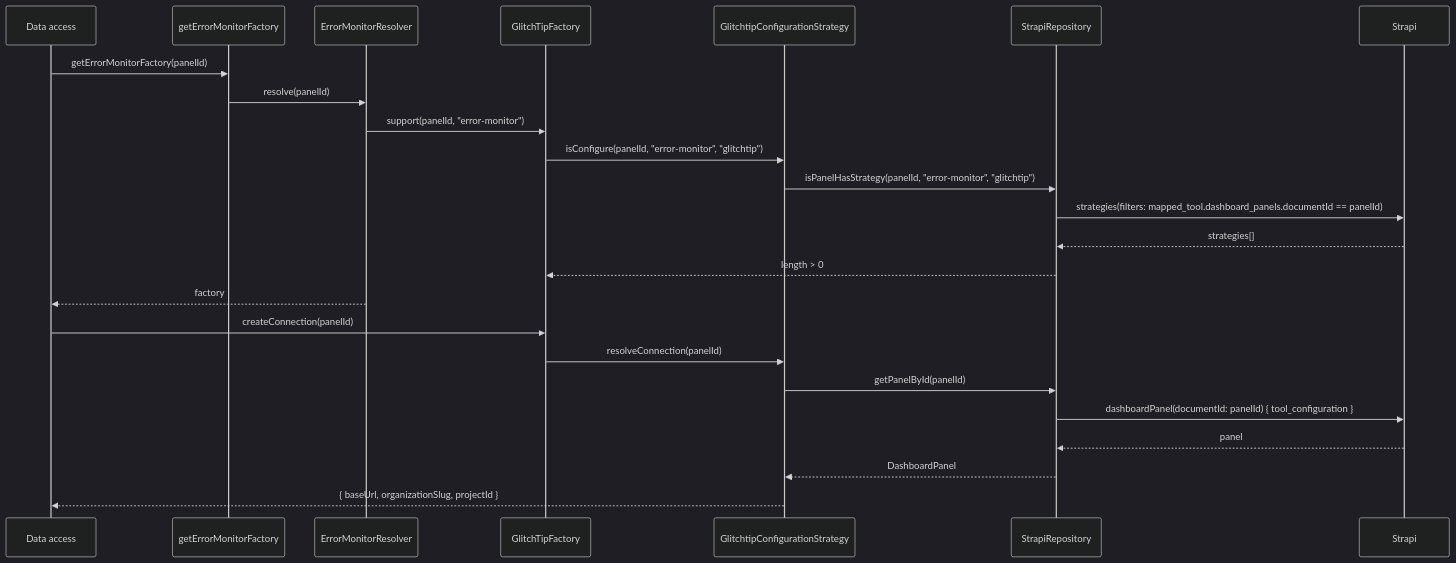
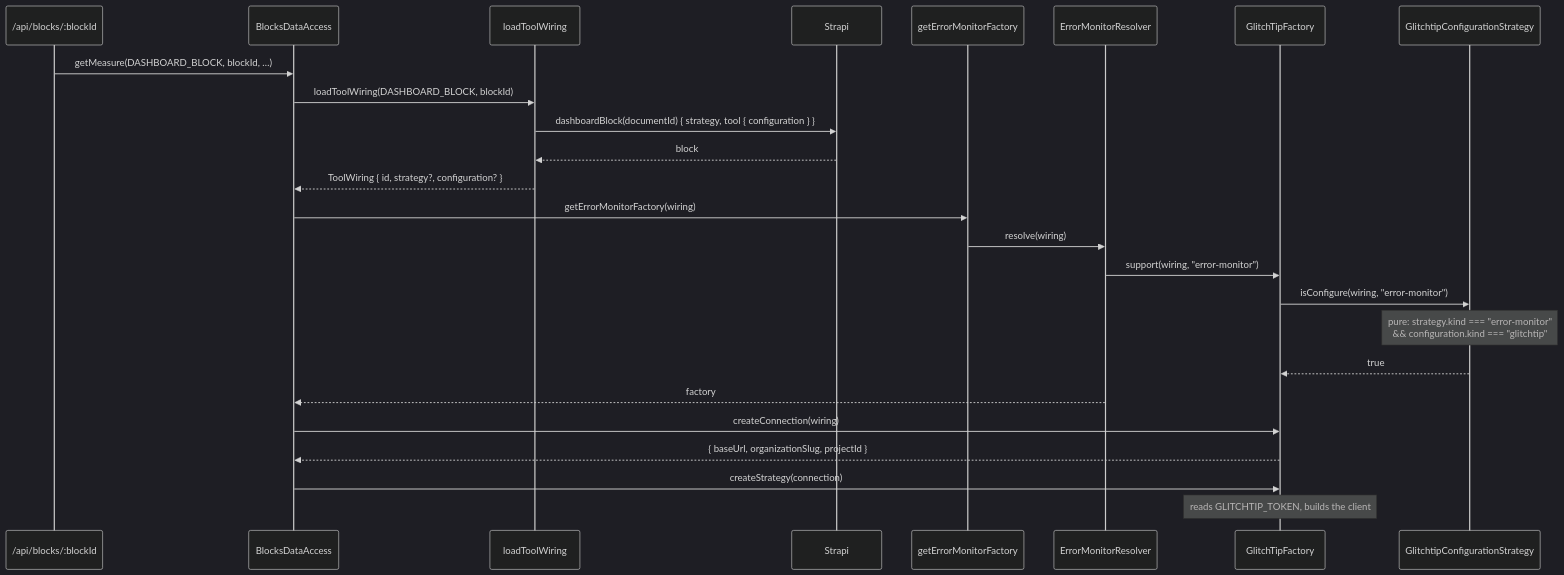
Before and after one commit to webteamuxco/dashboard-monitor: the fifth of 6 diagrams in apps/docs-site/docs/panels.md, drawn with Mermaid (dark theme). The commit also changed other lines of this file and 10 other files, not shown here.

````diff
--- a/apps/docs-site/docs/panels.md
+++ b/apps/docs-site/docs/panels.md
@@ -158,28 +192,30 @@
 ```mermaid
 sequenceDiagram
-    participant DA as Data access
+    participant Route as /api/blocks/:blockId
+    participant DA as BlocksDataAccess
+    participant Load as loadToolWiring
+    participant Strapi
     participant Get as getErrorMonitorFactory
     participant Res as ErrorMonitorResolver
     participant Fac as GlitchTipFactory
     participant Cfg as GlitchtipConfigurationStrategy
-    participant Repo as StrapiRepository
-    participant Strapi
 
-    DA->>Get: getErrorMonitorFactory(panelId)
-    Get->>Res: resolve(panelId)
-    Res->>Fac: support(panelId, "error-monitor")
-    Fac->>Cfg: isConfigure(panelId, "error-monitor", "glitchtip")
-    Cfg->>Repo: isPanelHasStrategy(panelId, "error-monitor", "glitchtip")
-    Repo->>Strapi: strategies(filters: mapped_tool.dashboard_panels.documentId == panelId)
-    Strapi-->>Repo: strategies[]
-    Repo-->>Fac: length > 0
+    Route->>DA: getMeasure(DASHBOARD_BLOCK, blockId, …)
+    DA->>Load: loadToolWiring(DASHBOARD_BLOCK, blockId)
+    Load->>Strapi: dashboardBlock(documentId) { strategy, tool { configuration } }
+    Strapi-->>Load: block
+    Load-->>DA: ToolWiring { id, strategy?, configuration? }
+
+    DA->>Get: getErrorMonitorFactory(wiring)
+    Get->>Res: resolve(wiring)
+    Res->>Fac: support(wiring, "error-monitor")
+    Fac->>Cfg: isConfigure(wiring, "error-monitor")
+    Note over Cfg: pure: strategy.kind === "error-monitor"<br/>&& configuration.kind === "glitchtip"
+    Cfg-->>Fac: true
     Res-->>DA: factory
 
-    DA->>Fac: createConnection(panelId)
-    Fac->>Cfg: resolveConnection(panelId)
-    Cfg->>Repo: getPanelById(panelId)
-    Repo->>Strapi: dashboardPanel(documentId: panelId) { tool_configuration }
-    Strapi-->>Repo: panel
-    Repo-->>Cfg: DashboardPanel
-    Cfg-->>DA: { baseUrl, organizationSlug, projectId }
+    DA->>Fac: createConnection(wiring)
+    Fac-->>DA: { baseUrl, organizationSlug, projectId }
+    DA->>Fac: createStrategy(connection)
+    Note over Fac: reads GLITCHTIP_TOKEN, builds the client
 ```
````
